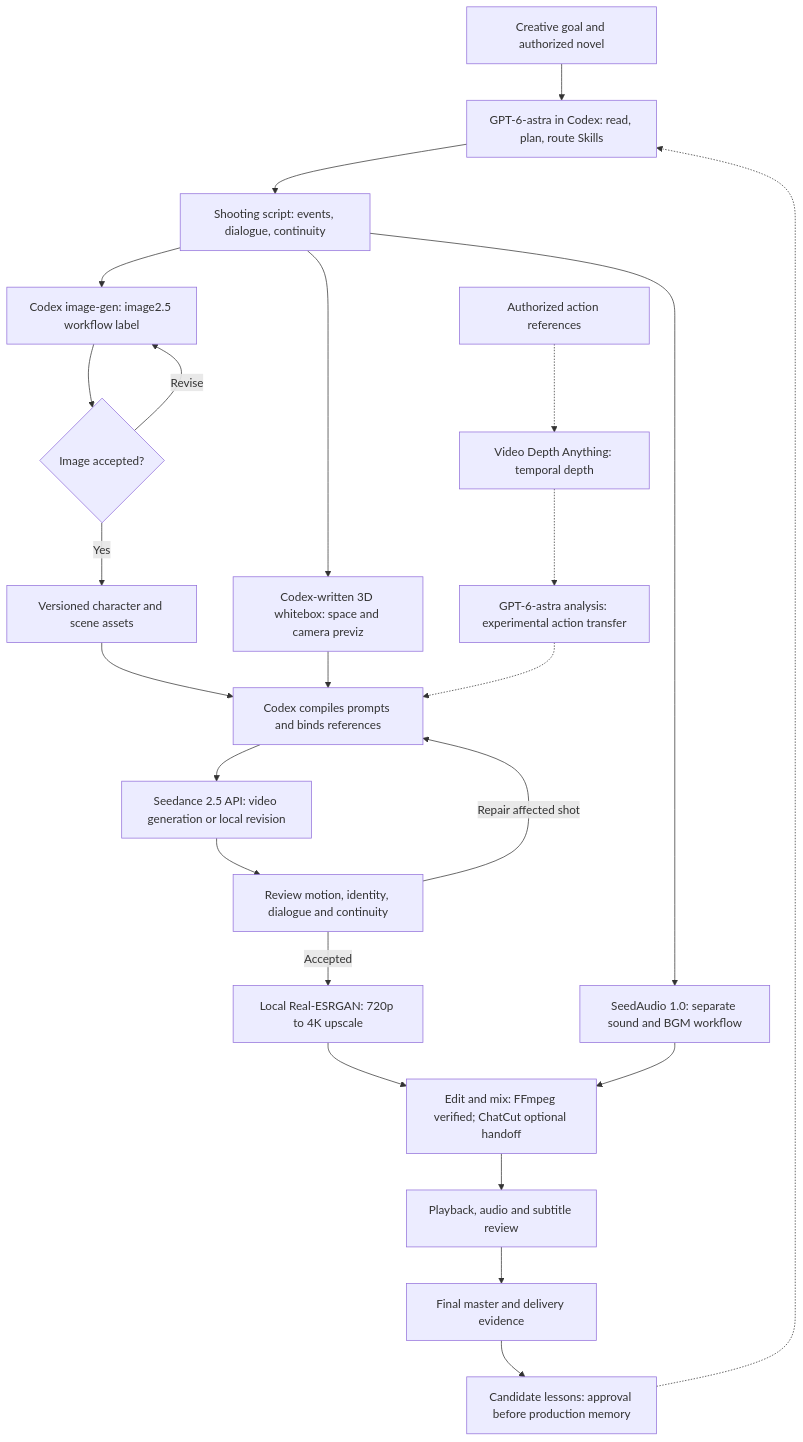
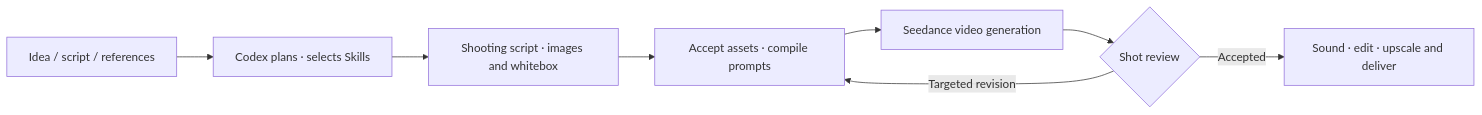
The diagram in README.md (jiushiaaa/open-drama-flow), drawn with Mermaid before and after one commit. The commit also changed other lines of this file and 6 other files, not shown here.

````diff
--- a/README.md
+++ b/README.md
@@ -44,26 +87,10 @@
 ```mermaid
-flowchart TD
-    A[Creative goal and authorized novel] --> B[GPT-6-astra in Codex: read, plan, route Skills]
-    B --> C[Shooting script: events, dialogue, continuity]
-    C --> D[Codex image-gen: image2.5 workflow label]
-    D --> E{Image accepted?}
-    E -->|Revise| D
-    E -->|Yes| F[Versioned character and scene assets]
-    C --> G[Codex-written 3D whitebox: space and camera previz]
-    F --> H[Codex compiles prompts and binds references]
-    G --> H
-    H --> I[Seedance 2.5 API: video generation or local revision]
-    C --> J[SeedAudio 1.0: separate sound and BGM workflow]
-    I --> K[Review motion, identity, dialogue and continuity]
-    K -->|Repair affected shot| H
-    K -->|Accepted| L[Local Real-ESRGAN: 720p to 4K upscale]
-    L --> M[Edit and mix: FFmpeg verified; ChatCut optional handoff]
-    J --> M
-    M --> N[Playback, audio and subtitle review]
-    N --> O[Final master and delivery evidence]
-    O --> P[Candidate lessons: approval before production memory]
-    P -.-> B
-    R[Authorized action references] -.-> S[Video Depth Anything: temporal depth]
-    S -.-> T[GPT-6-astra analysis: experimental action transfer]
-    T -.-> H
+flowchart LR
+    A[Idea / script / references] --> B[Codex plans · selects Skills]
+    B --> C[Shooting script · images and whitebox]
+    C --> D[Accept assets · compile prompts]
+    D --> E[Seedance video generation]
+    E --> F{Shot review}
+    F -->|Targeted revision| D
+    F -->|Accepted| G[Sound · edit · upscale and deliver]
 ```
````
